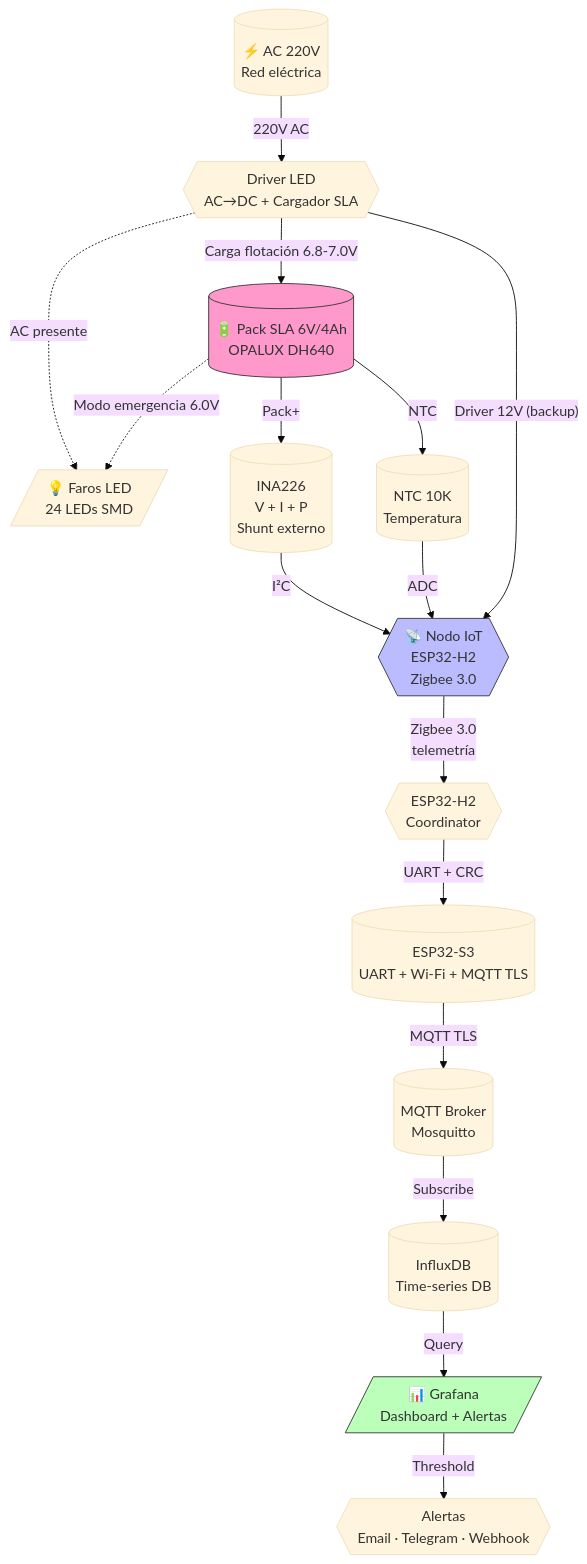
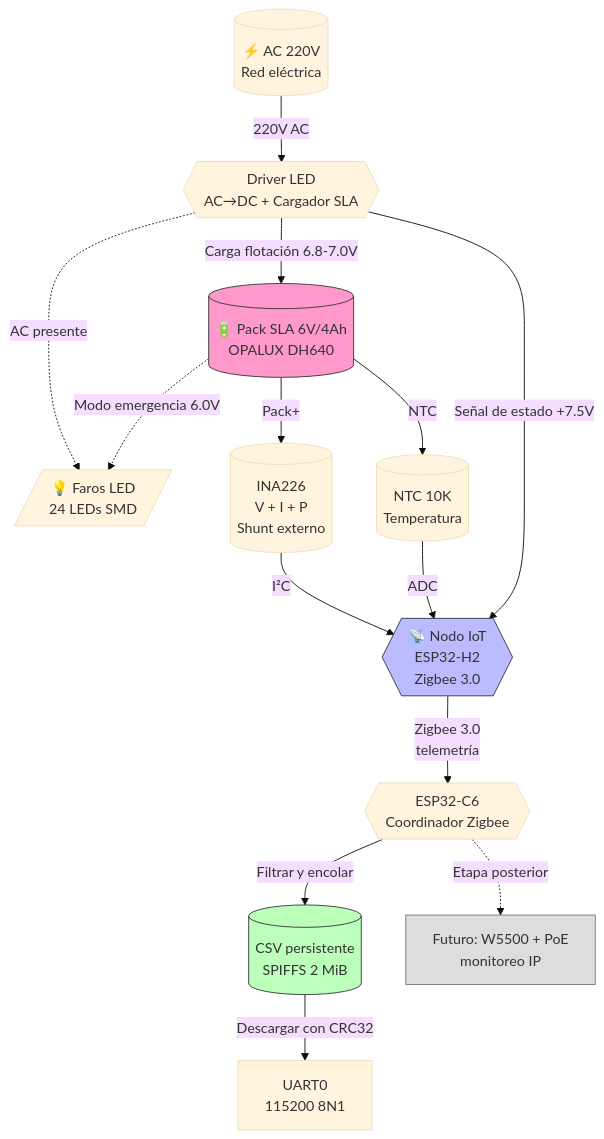
Before and after one commit to picli3/firefly: the first of 4 diagrams in 2026-08-11-plan-luces-emergencia-obsidian.md, drawn with Mermaid (base theme). The commit also changed other lines of this file, not shown here.

````diff
--- a/2026-08-11-plan-luces-emergencia-obsidian.md
+++ b/2026-08-11-plan-luces-emergencia-obsidian.md
@@ -77,39 +97,36 @@
 ```mermaid
 flowchart TB
     AC[("⚡ AC 220V<br/>Red eléctrica")]
     Driver{{"Driver LED<br/>AC→DC + Cargador SLA"}}
     Pack[("🔋 Pack SLA 6V/4Ah<br/>OPALUX DH640")]
     LED[/"💡 Faros LED<br/>24 LEDs SMD"/]
     
     Dongle{{"📡 Nodo IoT<br/>ESP32-H2<br/>Zigbee 3.0"}}
     INA226[("INA226<br/>V + I + P<br/>Shunt externo")]
     NTC[("NTC 10K<br/>Temperatura")]
-    Coord{{"ESP32-H2<br/>Coordinator"}}
-    Gateway[("ESP32-S3<br/>UART + Wi-Fi + MQTT TLS")]
-    MQTT[("MQTT Broker<br/>Mosquitto")]
-    Influx[("InfluxDB<br/>Time-series DB")]
-    Grafana[/"📊 Grafana<br/>Dashboard + Alertas"/]
-    Alerts{{"Alertas<br/>Email · Telegram · Webhook"}}
+    Coord{{"ESP32-C6<br/>Coordinador Zigbee"}}
+    CSV[("CSV persistente<br/>SPIFFS 2 MiB")]
+    UART["UART0<br/>115200 8N1"]
+    Future["Futuro: W5500 + PoE<br/>monitoreo IP"]
     
     AC -->|"220V AC"| Driver
     Driver -->|"Carga flotación 6.8-7.0V"| Pack
     Driver -.->|"AC presente"| LED
     Pack -.->|"Modo emergencia 6.0V"| LED
     
     Pack -->|"Pack+"| INA226
     Pack -->|"NTC"| NTC
     INA226 -->|"I²C"| Dongle
     NTC -->|"ADC"| Dongle
-    Driver -->|"Driver 12V (backup)"| Dongle
+    Driver -->|"Señal de estado +7.5V"| Dongle
     
     Dongle -->|"Zigbee 3.0<br/>telemetría"| Coord
-    Coord -->|"UART + CRC"| Gateway
-    Gateway -->|"MQTT TLS"| MQTT
-    MQTT -->|"Subscribe"| Influx
-    Influx -->|"Query"| Grafana
-    Grafana -->|"Threshold"| Alerts
+    Coord -->|"Filtrar y encolar"| CSV
+    CSV -->|"Descargar con CRC32"| UART
+    Coord -.->|"Etapa posterior"| Future
     
     style Pack fill:#f9c,stroke:#333
     style Dongle fill:#bbf,stroke:#333
-    style Grafana fill:#bfb,stroke:#333
+    style CSV fill:#bfb,stroke:#333
+    style Future fill:#ddd,stroke:#777
 ```
````
